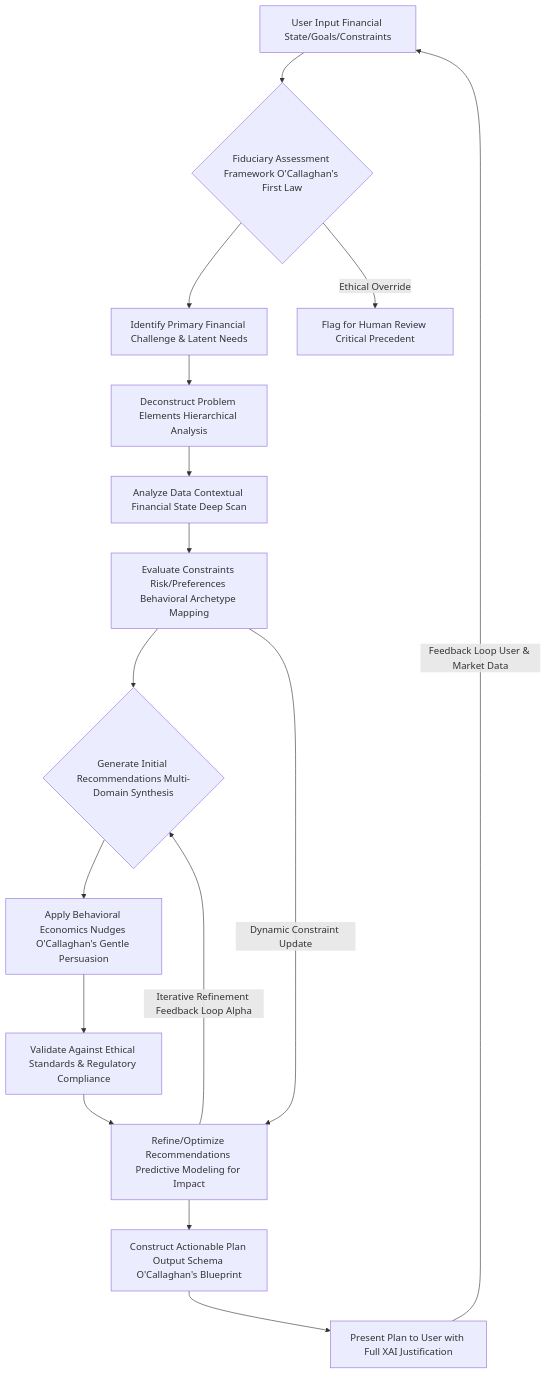
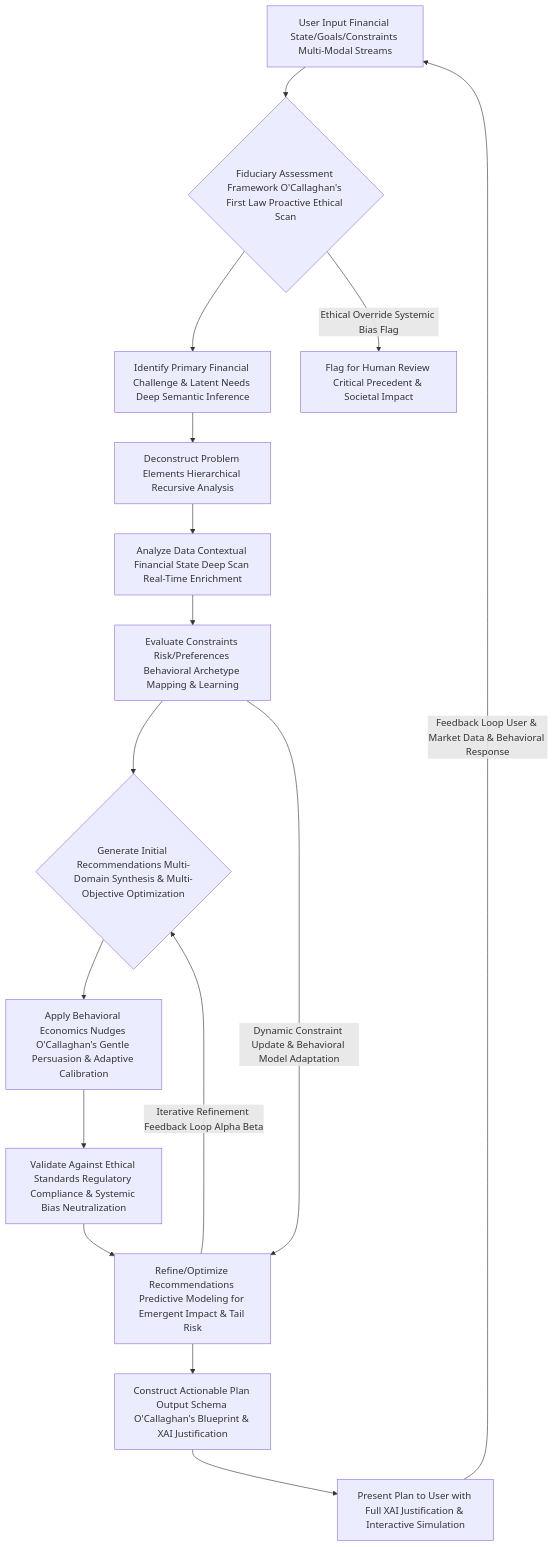
One commit to diplomat-bit/Citibank_Demo_Business_Inc_Demonstration- changed the first of 12 diagrams in inventions/004_ai_financial_plan_for_goals/generative_ai_prompt_template.md. Above: the diagram before and after it, drawn with Mermaid. The commit also changed other lines of this file, not shown here.

Commit message:
[AI] Edit: inventions/004_ai_financial_plan_for_goals/generative_ai_prompt_template.md

````diff
--- a/inventions/004_ai_financial_plan_for_goals/generative_ai_prompt_template.md
+++ b/inventions/004_ai_financial_plan_for_goals/generative_ai_prompt_template.md
@@ -42,18 +46,18 @@
 ```mermaid
 graph TD
-    A[User Input Financial State/Goals/Constraints] --> B{Fiduciary Assessment Framework O'Callaghan's First Law}
-    B --> C[Identify Primary Financial Challenge & Latent Needs]
-    C --> D[Deconstruct Problem Elements Hierarchical Analysis]
-    D --> E[Analyze Data Contextual Financial State Deep Scan]
-    E --> F[Evaluate Constraints Risk/Preferences Behavioral Archetype Mapping]
-    F --> G{Generate Initial Recommendations Multi-Domain Synthesis}
-    G --> H[Apply Behavioral Economics Nudges O'Callaghan's Gentle Persuasion]
-    H --> I[Validate Against Ethical Standards & Regulatory Compliance]
-    I --> J[Refine/Optimize Recommendations Predictive Modeling for Impact]
-    J --> K[Construct Actionable Plan Output Schema O'Callaghan's Blueprint]
-    K --> L[Present Plan to User with Full XAI Justification]
-    J -- Iterative Refinement Feedback Loop Alpha --> G
-    L -- Feedback Loop User & Market Data --> A
-    B -- Ethical Override --> Z[Flag for Human Review Critical Precedent]
-    F -- Dynamic Constraint Update --> J
+    A[User Input Financial State/Goals/Constraints Multi-Modal Streams] --> B{Fiduciary Assessment Framework O'Callaghan's First Law Proactive Ethical Scan}
+    B --> C[Identify Primary Financial Challenge & Latent Needs Deep Semantic Inference]
+    C --> D[Deconstruct Problem Elements Hierarchical Recursive Analysis]
+    D --> E[Analyze Data Contextual Financial State Deep Scan Real-Time Enrichment]
+    E --> F[Evaluate Constraints Risk/Preferences Behavioral Archetype Mapping & Learning]
+    F --> G{Generate Initial Recommendations Multi-Domain Synthesis & Multi-Objective Optimization}
+    G --> H[Apply Behavioral Economics Nudges O'Callaghan's Gentle Persuasion & Adaptive Calibration]
+    H --> I[Validate Against Ethical Standards Regulatory Compliance & Systemic Bias Neutralization]
+    I --> J[Refine/Optimize Recommendations Predictive Modeling for Emergent Impact & Tail Risk]
+    J --> K[Construct Actionable Plan Output Schema O'Callaghan's Blueprint & XAI Justification]
+    K --> L[Present Plan to User with Full XAI Justification & Interactive Simulation]
+    J -- Iterative Refinement Feedback Loop Alpha Beta --> G
+    L -- Feedback Loop User & Market Data & Behavioral Response --> A
+    B -- Ethical Override Systemic Bias Flag --> Z[Flag for Human Review Critical Precedent & Societal Impact]
+    F -- Dynamic Constraint Update & Behavioral Model Adaptation --> J
 ```
````
